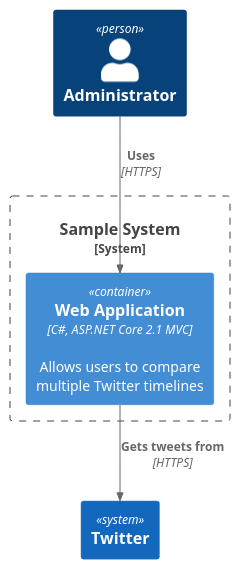
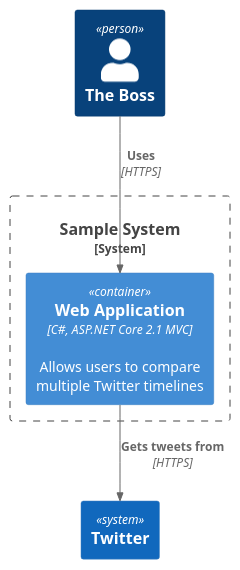
Before and after one commit to victorrentea/clean-architecture: the diagram in adr/c4_sample.puml, drawn with PlantUML. The commit also changed 5 other files, not shown here.

```diff
--- a/adr/c4_sample.puml
+++ b/adr/c4_sample.puml
@@ -1,12 +1,12 @@
 @startuml Basic Sample
 !include https://raw.githubusercontent.com/plantuml-stdlib/C4-PlantUML/master/C4_Container.puml
 
-Person(admin, "Administrator")
+Person(admin, "The Boss")
 System_Boundary(c1, "Sample System") {
     Container(web_app, "Web Application", "C#, ASP.NET Core 2.1 MVC", "Allows users to compare multiple Twitter timelines")
 }
 System(twitter, "Twitter")
 
 Rel(admin, web_app, "Uses", "HTTPS")
 Rel(web_app, twitter, "Gets tweets from", "HTTPS")
 @enduml
```
